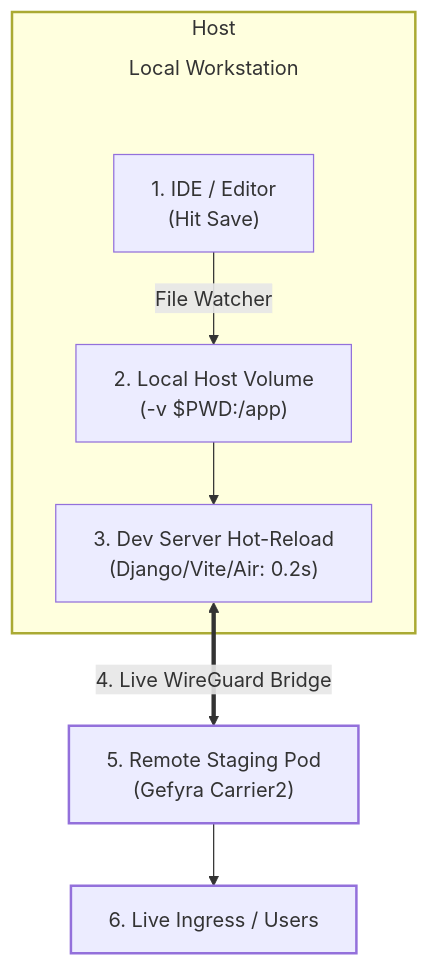
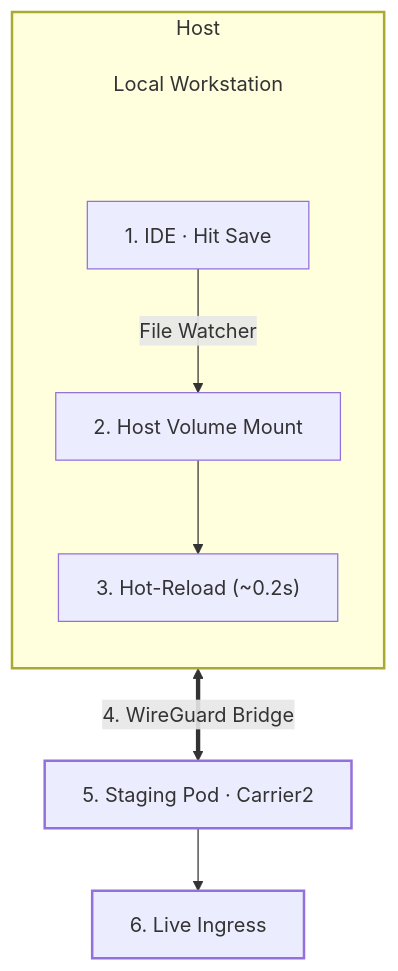
The diagram in gefyra-docs/content/en/3.developer-workflows/1.hot-reloading.md (gefyrahq/gefyra), drawn with Mermaid before and after one commit. The commit also changed 13 other files, not shown here.

First line of the commit message:
feat: enable expand functionality in Nuxt config and update Mermaid styles (#1565)

````diff
--- a/gefyra-docs/content/en/3.developer-workflows/1.hot-reloading.md
+++ b/gefyra-docs/content/en/3.developer-workflows/1.hot-reloading.md
@@ -19,18 +19,19 @@
 ```mermaid
-flowchart TD
+flowchart TB
     subgraph Host
-        HostTitle[["Local Workstation"]] ~~~ Editor["1. IDE / Editor<br/>(Hit Save)"]
-        Editor -->|File Watcher| Volume["2. Local Host Volume<br/>(-v $PWD:/app)"]
-        Volume --> Engine["3. Dev Server Hot-Reload<br/>(Django/Vite/Air: 0.2s)"]
+        direction TB
+        HostTitle[["Local Workstation"]] ~~~ Editor["1. IDE · Hit Save"]
+        Editor -->|File Watcher| Volume["2. Host Volume Mount"]
+        Volume --> Engine["3. Hot-Reload (~0.2s)"]
     end
 
-    Engine <==>|"4. Live WireGuard Bridge"| Pod["5. Remote Staging Pod<br/>(Gefyra Carrier2)"]
-    Pod --> Ingress["6. Live Ingress / Users"]
+    Engine <==>|4. WireGuard Bridge| Pod["5. Staging Pod · Carrier2"]
+    Pod --> Ingress["6. Live Ingress"]
 
     classDef groupTitle fill:transparent,stroke:none;
     classDef gefyra stroke-width:2px;
     classDef remote stroke-width:2px;
     class HostTitle groupTitle;
     class Host gefyra;
     class Pod,Ingress remote;
 ```
````
